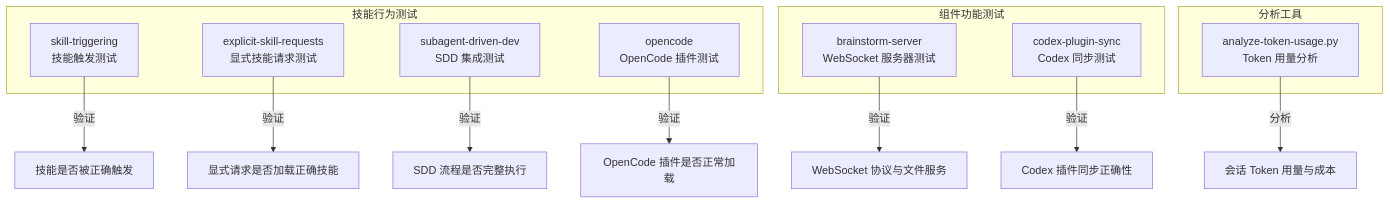
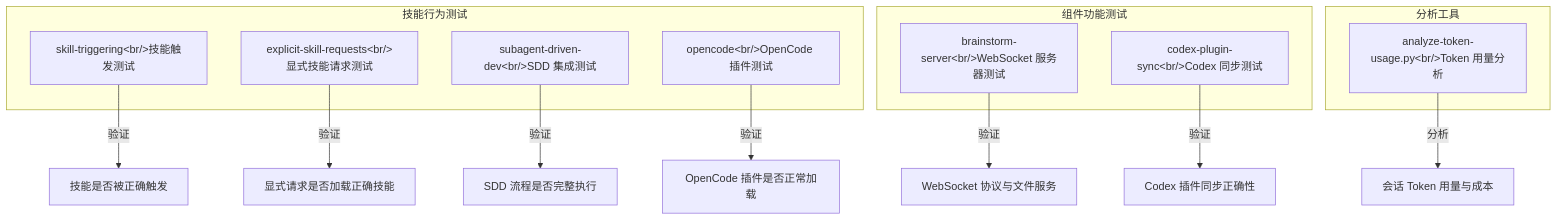
Before and after one commit to dragonforce2010/awesome-ai-repos-deepwiki: diagram 14 of 15 in project-wiki/superpowers/exports/full-wiki.md, drawn with Mermaid. The commit also changed other lines of this file and 253 other files, not shown here.

````diff
--- a/project-wiki/superpowers/exports/full-wiki.md
+++ b/project-wiki/superpowers/exports/full-wiki.md
@@ -7208,26 +7264,26 @@
 ```mermaid
 graph TD
     subgraph ID1["技能行为测试"]
-        ST[skill-triggering<br/>技能触发测试]
-        ER[explicit-skill-requests<br/>显式技能请求测试]
-        SDD[subagent-driven-dev<br/>SDD 集成测试]
-        OC[opencode<br/>OpenCode 插件测试]
+        ST[skill-triggering&lt;br/&gt;技能触发测试]
+        ER[explicit-skill-requests&lt;br/&gt;显式技能请求测试]
+        SDD[subagent-driven-dev&lt;br/&gt;SDD 集成测试]
+        OC[opencode&lt;br/&gt;OpenCode 插件测试]
     end
 
     subgraph ID2["组件功能测试"]
-        BS[brainstorm-server<br/>WebSocket 服务器测试]
-        CS[codex-plugin-sync<br/>Codex 同步测试]
+        BS[brainstorm-server&lt;br/&gt;WebSocket 服务器测试]
+        CS[codex-plugin-sync&lt;br/&gt;Codex 同步测试]
     end
 
     subgraph ID3["分析工具"]
-        AT[analyze-token-usage.py<br/>Token 用量分析]
+        AT[analyze-token-usage.py&lt;br/&gt;Token 用量分析]
     end
 
     ST -->|验证| V1[技能是否被正确触发]
     ER -->|验证| V2[显式请求是否加载正确技能]
     SDD -->|验证| V3[SDD 流程是否完整执行]
     OC -->|验证| V4[OpenCode 插件是否正常加载]
     BS -->|验证| V5[WebSocket 协议与文件服务]
     CS -->|验证| V6[Codex 插件同步正确性]
     AT -->|分析| V7[会话 Token 用量与成本]
 ```
````
